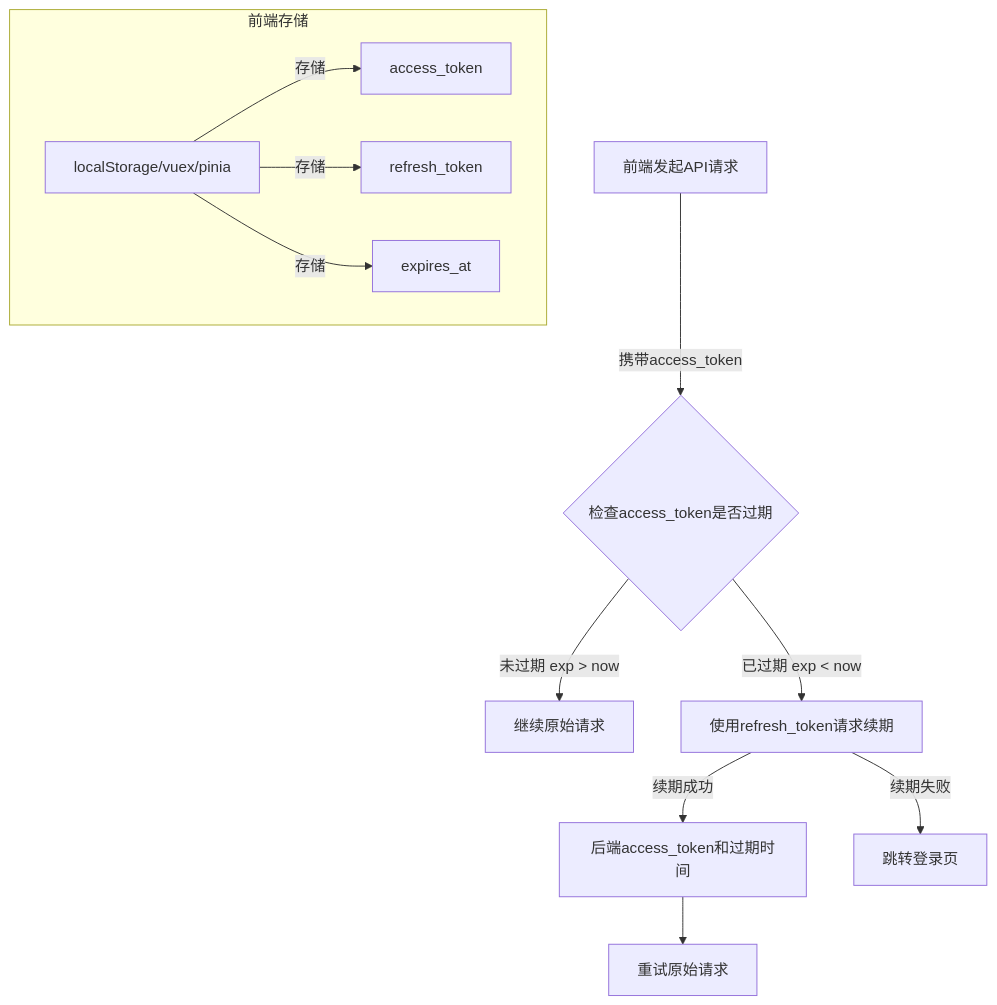
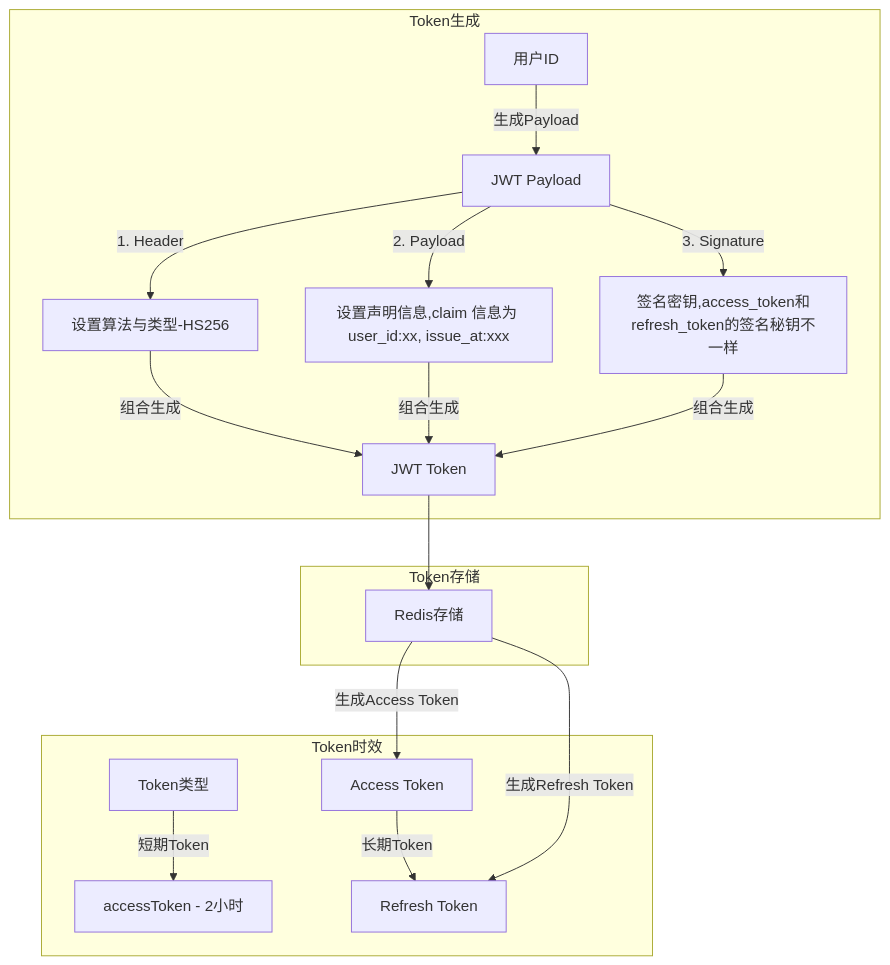
One commit to yingjianzh/iodraw-files changed the diagram in all/未命名-16.md. Above: the diagram before and after it, drawn with Mermaid.

Commit message:
2025-01-08 14:36:25 update

````diff
--- a/all/未命名-16.md
+++ b/all/未命名-16.md
@@ -1,16 +1,24 @@
 ```mermaid
+
 flowchart TD
-    A[前端发起API请求] -->|携带access_token| B{检查access_token是否过期}
-    B -->|未过期 exp > now| C[继续原始请求]
-    B -->|已过期 exp < now| D[使用refresh_token请求续期]
-    D -->|续期成功| E[后端access_token和过期时间]
-    D -->|续期失败| F[跳转登录页]
-    E --> G[重试原始请求]
+    subgraph Token时效
+        T[Token类型] -->|短期Token| M[accessToken - 2小时]
+        H -->|长期Token| I[refreshToken - 30天固定期限]
+    end
+  
+    subgraph Token生成
+        A[用户ID] -->|生成Payload| B[JWT Payload]
+        B -->|1. Header| C[设置算法与类型-HS256]
+        B -->|2. Payload| D[设置声明信息,claim 信息为 user_id:xx, issue_at:xxx]
+        B -->|3. Signature| E[签名密钥,access_token和refresh_token的签名秘钥不一样]
+        C & D & E -->|组合生成| F[JWT Token]
+    end
     
-    subgraph 前端存储
-        H[localStorage/vuex/pinia]
-        H -->|存储| I[access_token]
-        H -->|存储| J[refresh_token]
-        H -->|存储| K[expires_at]
+    subgraph Token存储
+        F --> G[Redis存储]
+        G -->|生成Access Token| H[Access Token]
+        G -->|生成Refresh Token| I[Refresh Token]
+        
     end
+
 ```
````
